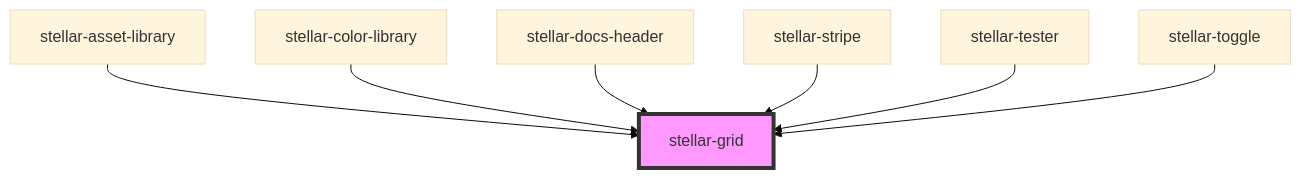
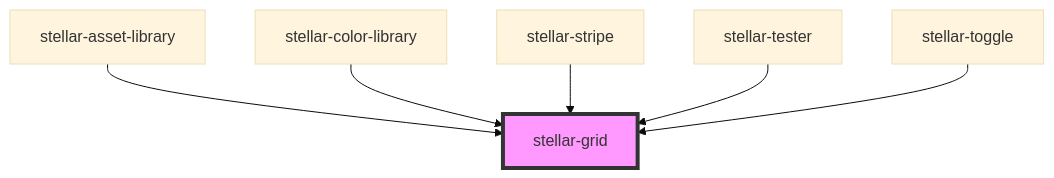
Before and after one commit to splitinfinities/Stellar: the diagram in src/components/ui/grid/readme.md, drawn with Mermaid (base theme). The commit also changed other lines of this file and 58 other files, not shown here.

````diff
--- a/src/components/ui/grid/readme.md
+++ b/src/components/ui/grid/readme.md
@@ -60,10 +59,9 @@
 ```mermaid
 graph TD;
   stellar-asset-library --> stellar-grid
   stellar-color-library --> stellar-grid
-  stellar-docs-header --> stellar-grid
   stellar-stripe --> stellar-grid
   stellar-tester --> stellar-grid
   stellar-toggle --> stellar-grid
   style stellar-grid fill:#f9f,stroke:#333,stroke-width:4px
 ```
````
